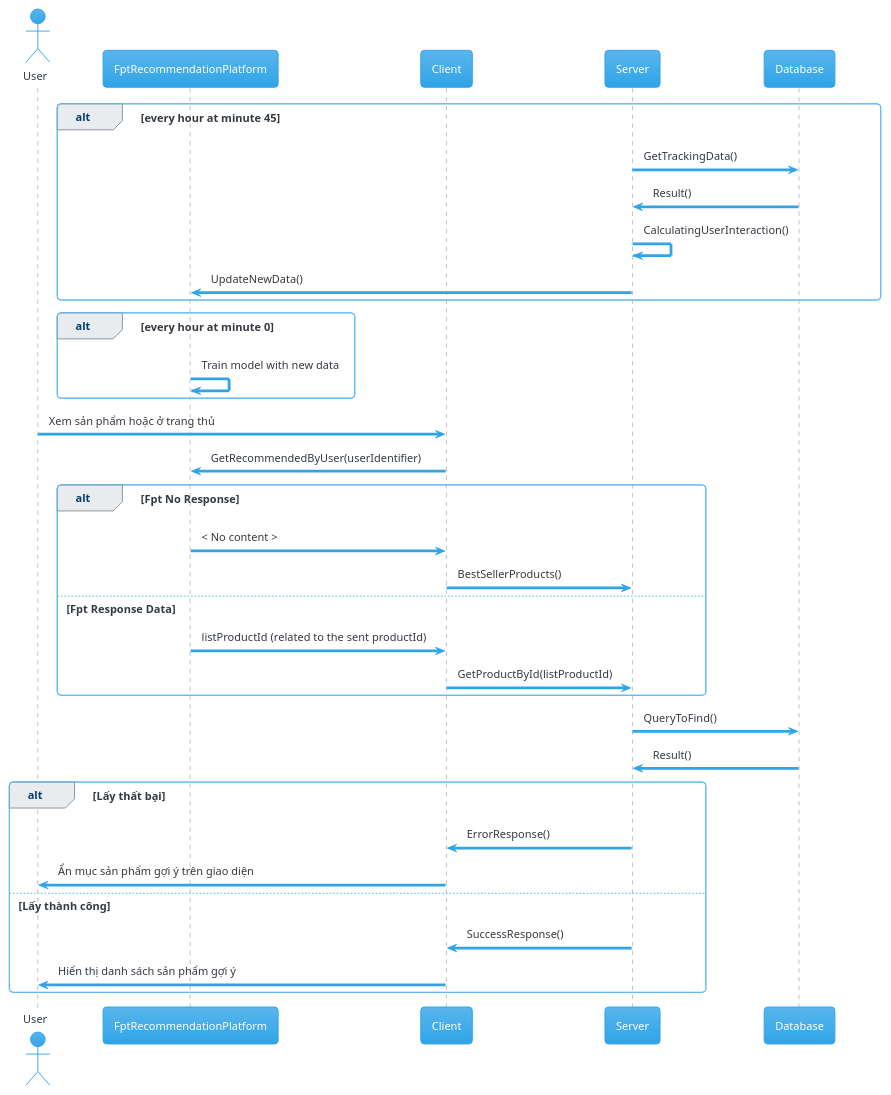
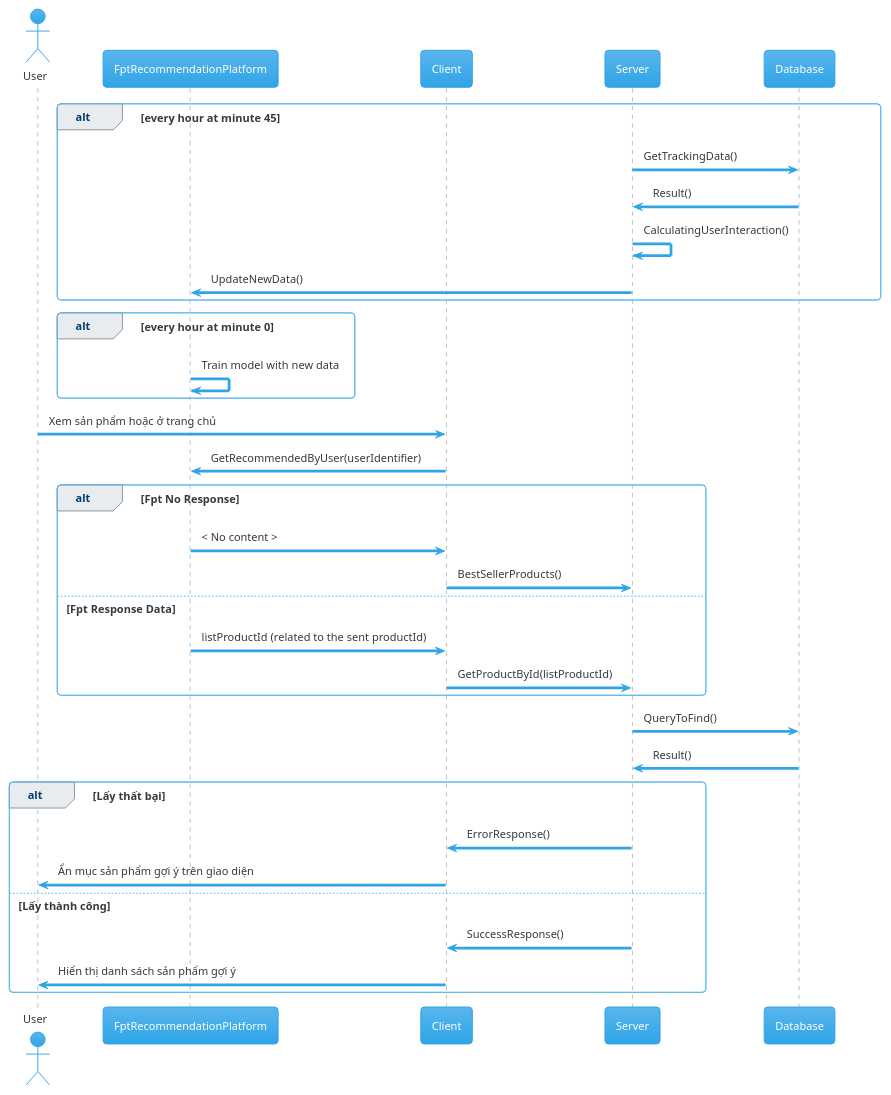
Before and after one commit to quockhanhtn/mern-ecommerce: the diagram in docs/diagrams/fpt_user_base.wsd, drawn with PlantUML. The commit also changed 4 other files, not shown here.

```diff
--- a/docs/diagrams/fpt_user_base.wsd
+++ b/docs/diagrams/fpt_user_base.wsd
@@ -1,44 +1,44 @@
 @startuml fpt_user_base
 !theme cerulean
 
 actor       User       as u
 participant FptRecommendationPlatform as f
 participant Client as c
 participant Server as s
 participant Database as d
 
 alt every hour at minute 45
   s -> d: GetTrackingData()
   d -> s: Result()
   s -> s: CalculatingUserInteraction()
   s -> f: UpdateNewData()
 end
 
 alt every hour at minute 0
   f -> f: Train model with new data
 end
 
 
-u -> c: Xem sản phẩm hoặc ở trang thủ
+u -> c: Xem sản phẩm hoặc ở trang chủ
 c -> f: GetRecommendedByUser(userIdentifier)
 
 alt Fpt No Response
   f -> c: < No content >
   c -> s: BestSellerProducts()
 else Fpt Response Data
   f -> c: listProductId (related to the sent productId)
   c -> s: GetProductById(listProductId)
 end
 
 s -> d: QueryToFind()
 d -> s: Result()
 
 alt Lấy thất bại
   s -> c: ErrorResponse()
   c -> u: Ẩn mục sản phẩm gợi ý trên giao diện
 else Lấy thành công
   s -> c: SuccessResponse()
   c -> u: Hiển thị danh sách sản phẩm gợi ý
 end
 
 @endumc
```
